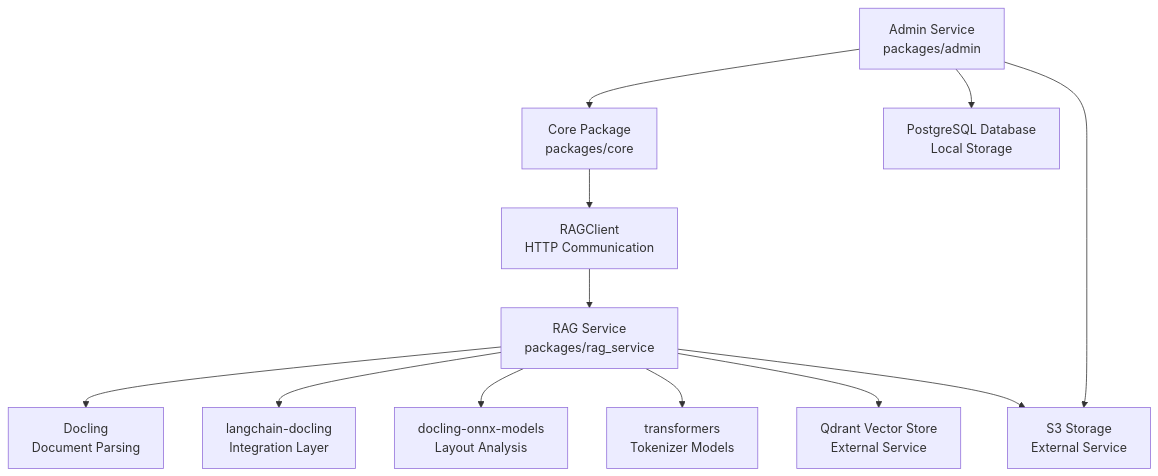
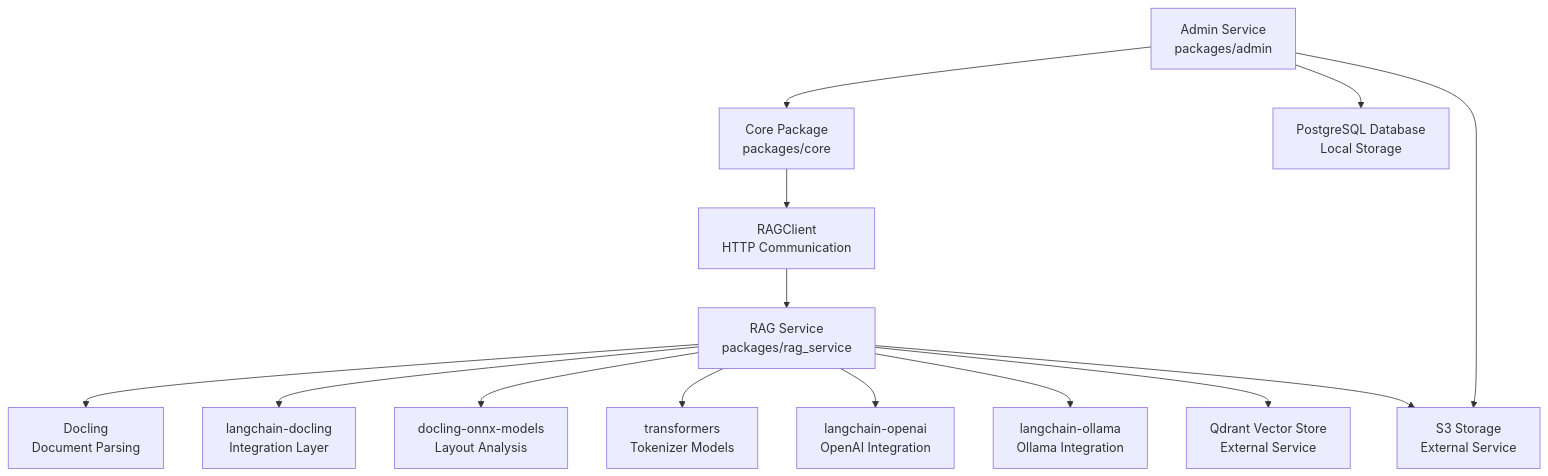
One commit to ognelis/cafetera_hr_bot changed the ninth of 9 diagrams in .qoder/repowiki/en/content/RAG Integration/RAG Parser Enhancement.md. Above: the diagram before and after it, drawn with Mermaid. The commit also changed other lines of this file and 9 other files, not shown here.

````diff
--- a/.qoder/repowiki/en/content/RAG Integration/RAG Parser Enhancement.md
+++ b/.qoder/repowiki/en/content/RAG Integration/RAG Parser Enhancement.md
@@ -339,14 +400,16 @@
 ```mermaid
 graph TB
 RAG_SERVICE["RAG Service<br/>packages/rag_service"] --> DOCLING["Docling<br/>Document Parsing"]
 RAG_SERVICE --> LANGCHAIN_DOCLING["langchain-docling<br/>Integration Layer"]
 RAG_SERVICE --> ONNX_MODELS["docling-onnx-models<br/>Layout Analysis"]
 RAG_SERVICE --> TRANSFORMERS["transformers<br/>Tokenizer Models"]
+RAG_SERVICE --> LANGCHAIN_OPENAI["langchain-openai<br/>OpenAI Integration"]
+RAG_SERVICE --> LANGCHAIN_OLLAMA["langchain-ollama<br/>Ollama Integration"]
 RAG_SERVICE --> QDRANT["Qdrant Vector Store<br/>External Service"]
 RAG_SERVICE --> S3["S3 Storage<br/>External Service"]
 ADMIN["Admin Service<br/>packages/admin"] --> CORE["Core Package<br/>packages/core"]
 CORE --> RAG_CLIENT["RAGClient<br/>HTTP Communication"]
 RAG_CLIENT --> RAG_SERVICE
 ADMIN --> DB["PostgreSQL Database<br/>Local Storage"]
 ADMIN --> S3
 ```
````
